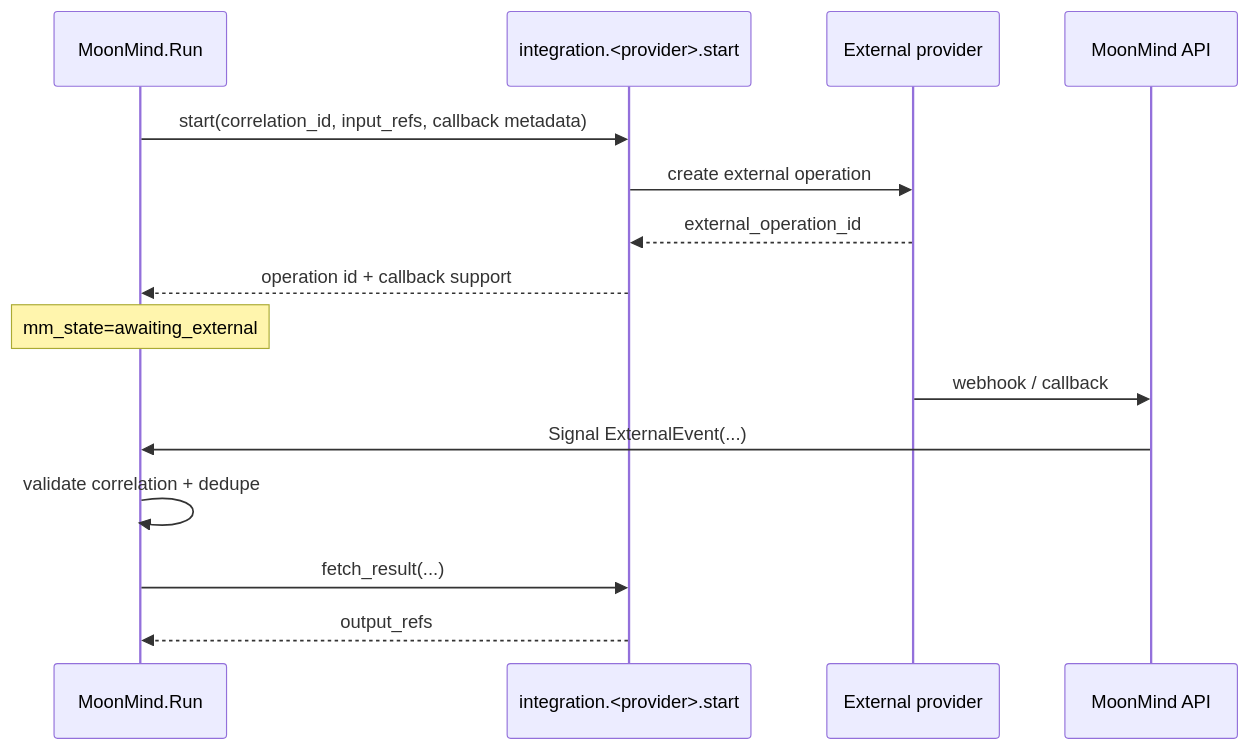
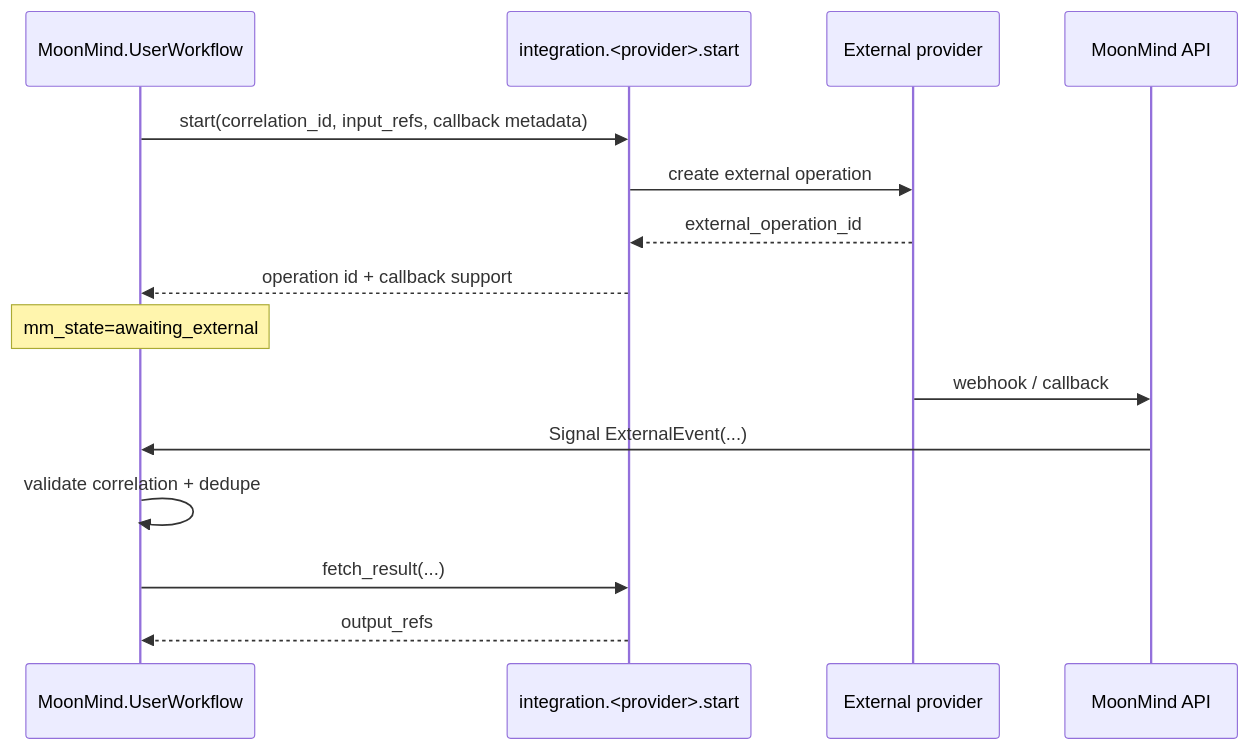
The diagram in docs/Temporal/IntegrationsMonitoringDesign.md (MoonLadderStudios/MoonMind), drawn with Mermaid before and after one commit. The commit also changed other lines of this file and 259 other files, not shown here.

````diff
--- a/docs/Temporal/IntegrationsMonitoringDesign.md
+++ b/docs/Temporal/IntegrationsMonitoringDesign.md
@@ -264,20 +264,20 @@
 ```mermaid
 sequenceDiagram
- participant W as MoonMind.Run
+ participant W as MoonMind.UserWorkflow
  participant IA as integration.<provider>.start
  participant X as External provider
  participant API as MoonMind API
 
  W->>IA: start(correlation_id, input_refs, callback metadata)
  IA->>X: create external operation
  X-->>IA: external_operation_id
  IA-->>W: operation id + callback support
 
  Note over W: mm_state=awaiting_external
 
  X->>API: webhook / callback
  API->>W: Signal ExternalEvent(...)
  W->>W: validate correlation + dedupe
  W->>IA: fetch_result(...)
  IA-->>W: output_refs
 ```
````
